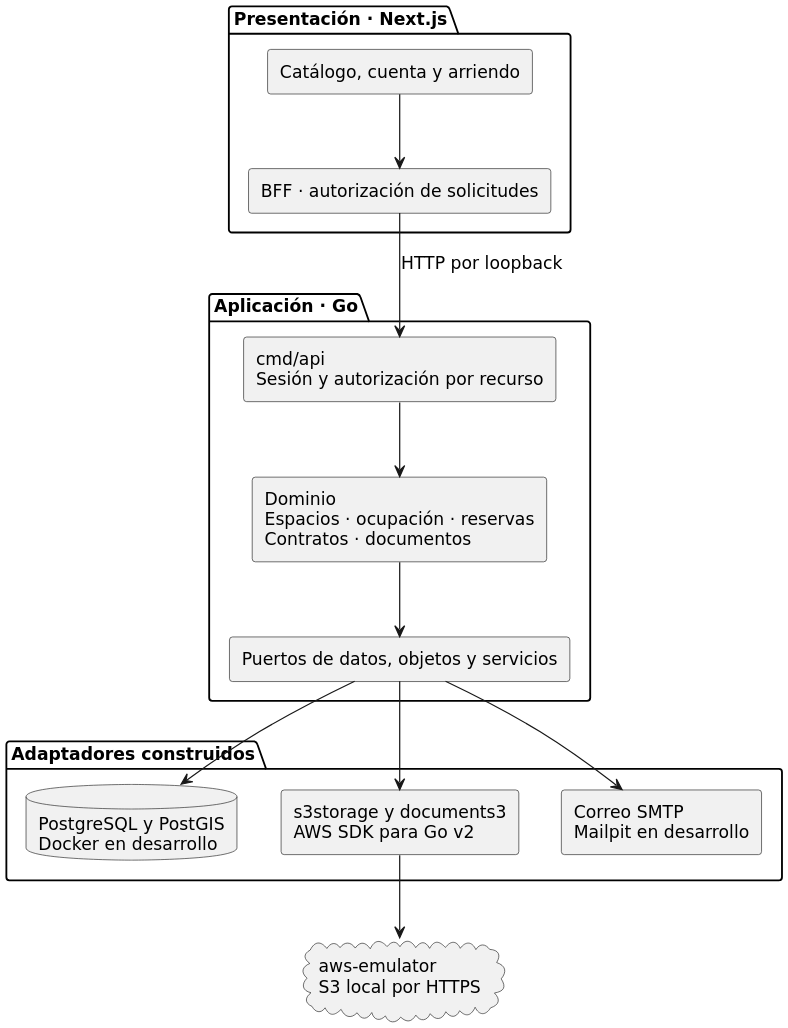
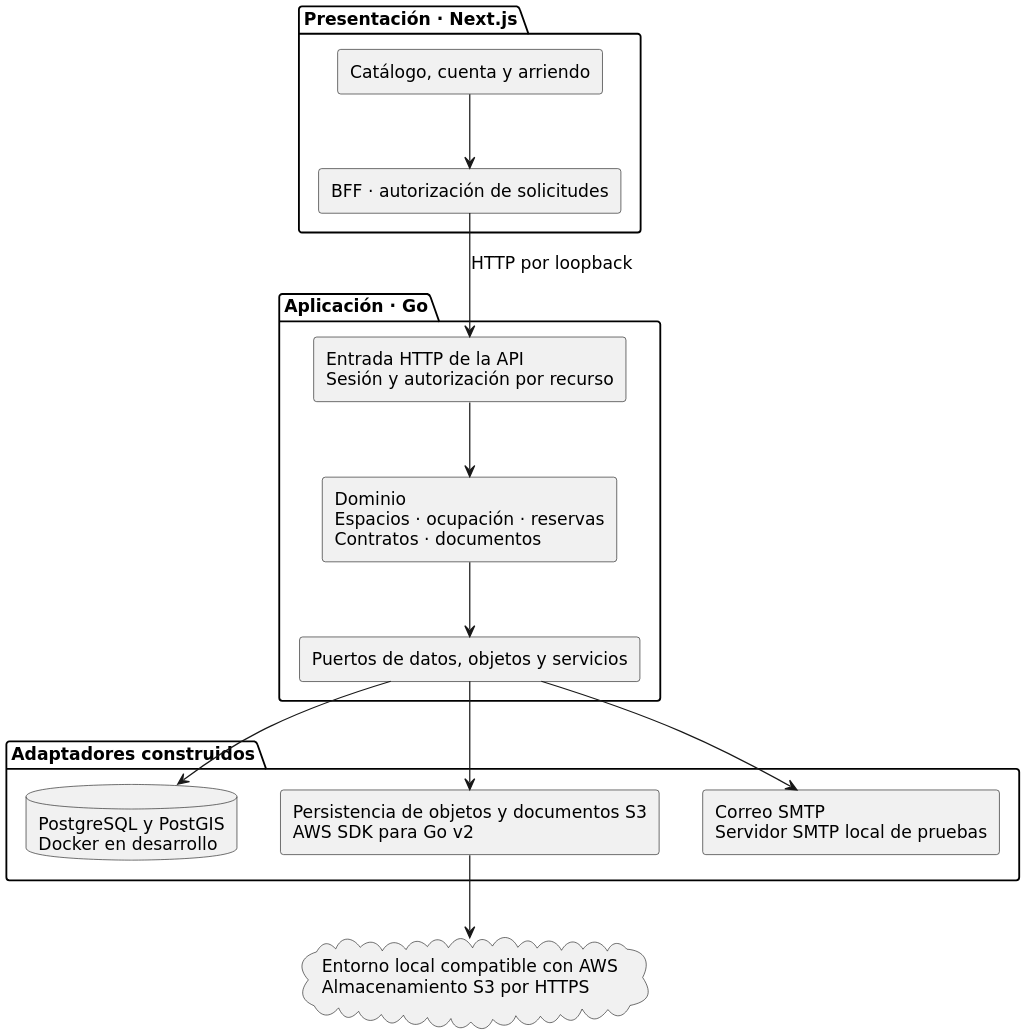
Before and after one commit to HernanEspinozaDev/proyectotitulo: the diagram in tesis_final/assets/diagramas_src/fig09_componentes_aws.puml, drawn with PlantUML. The commit also changed 42 other files, not shown here.

```diff
--- a/tesis_final/assets/diagramas_src/fig09_componentes_aws.puml
+++ b/tesis_final/assets/diagramas_src/fig09_componentes_aws.puml
@@ -1,32 +1,32 @@
 @startuml
 skinparam dpi 200
 skinparam shadowing false
 skinparam monochrome true
 skinparam defaultFontName "DejaVu Sans"
 skinparam defaultFontSize 14
 skinparam componentStyle rectangle
 top to bottom direction
 package "Presentación · Next.js" {
   component "Catálogo, cuenta y arriendo" as views
   component "BFF · autorización de solicitudes" as bff
   views --> bff
 }
 package "Aplicación · Go" {
-  component "cmd/api\nSesión y autorización por recurso" as api
+  component "Entrada HTTP de la API\nSesión y autorización por recurso" as api
   component "Dominio\nEspacios · ocupación · reservas\nContratos · documentos" as domain
   component "Puertos de datos, objetos y servicios" as ports
   api --> domain
   domain --> ports
 }
 package "Adaptadores construidos" {
   database "PostgreSQL y PostGIS\nDocker en desarrollo" as db
-  component "s3storage y documents3\nAWS SDK para Go v2" as s3
-  component "Correo SMTP\nMailpit en desarrollo" as mail
+  component "Persistencia de objetos y documentos S3\nAWS SDK para Go v2" as s3
+  component "Correo SMTP\nServidor SMTP local de pruebas" as mail
 }
 bff --> api : HTTP por loopback
 ports --> db
 ports --> s3
 ports --> mail
-cloud "aws-emulator\nS3 local por HTTPS" as emulator
+cloud "Entorno local compatible con AWS\nAlmacenamiento S3 por HTTPS" as emulator
 s3 --> emulator
 @enduml
```
